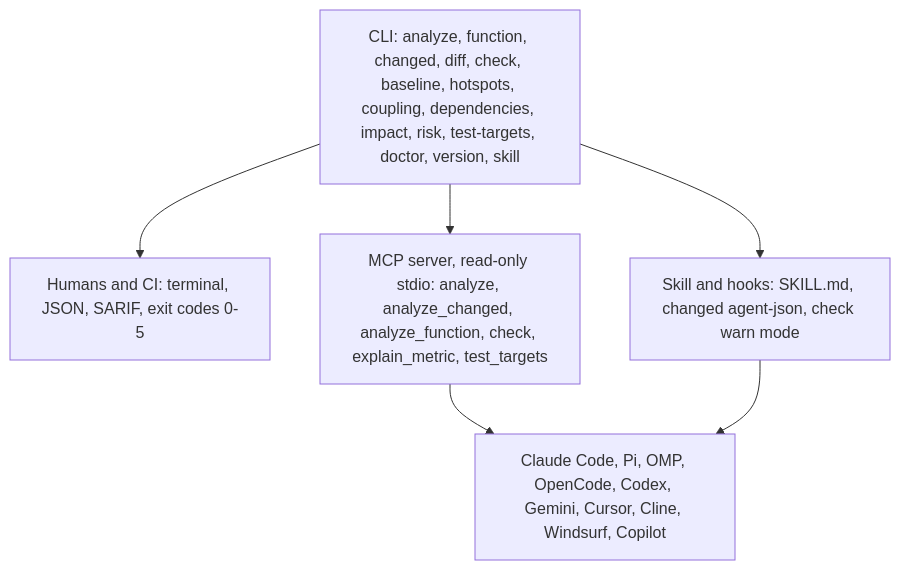
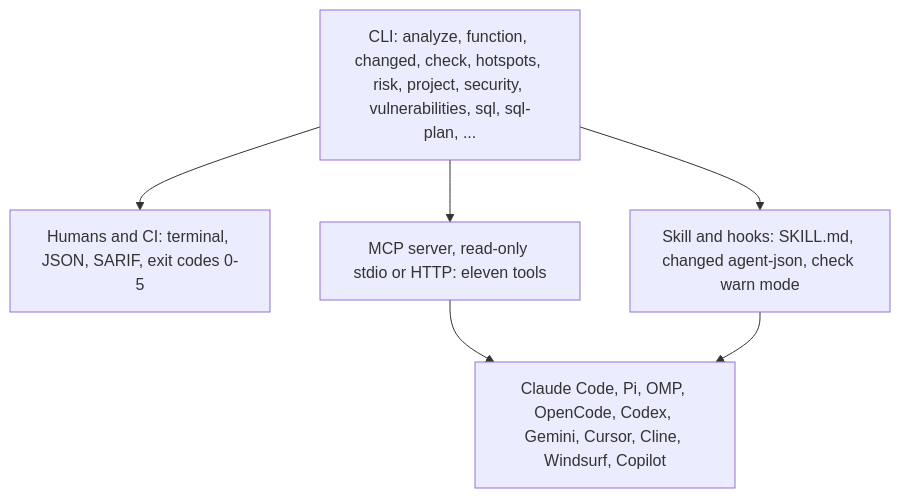
One commit to jbt95/leadline changed the second of 3 diagrams in README.md. Above: the diagram before and after it, drawn with Mermaid. The commit also changed other lines of this file and 128 other files, not shown here.

````diff
--- a/README.md
+++ b/README.md
@@ -88,9 +91,9 @@
 ```mermaid
 flowchart TD
-    CLI["CLI: analyze, function, changed, diff, check, baseline, hotspots, coupling, dependencies, impact, risk, test-targets, doctor, version, skill"]
+    CLI["CLI: analyze, function, changed, check, hotspots, risk, project, security, vulnerabilities, sql, sql-plan, ..."]
     CLI --> Human["Humans and CI: terminal, JSON, SARIF, exit codes 0-5"]
-    CLI --> MCP["MCP server, read-only stdio: analyze, analyze_changed, analyze_function, check, explain_metric, test_targets"]
+    CLI --> MCP["MCP server, read-only stdio or HTTP: eleven tools"]
     MCP --> Harnesses["Claude Code, Pi, OMP, OpenCode, Codex, Gemini, Cursor, Cline, Windsurf, Copilot"]
     CLI --> Skill["Skill and hooks: SKILL.md, changed agent-json, check warn mode"]
     Skill --> Harnesses
 ```
````
